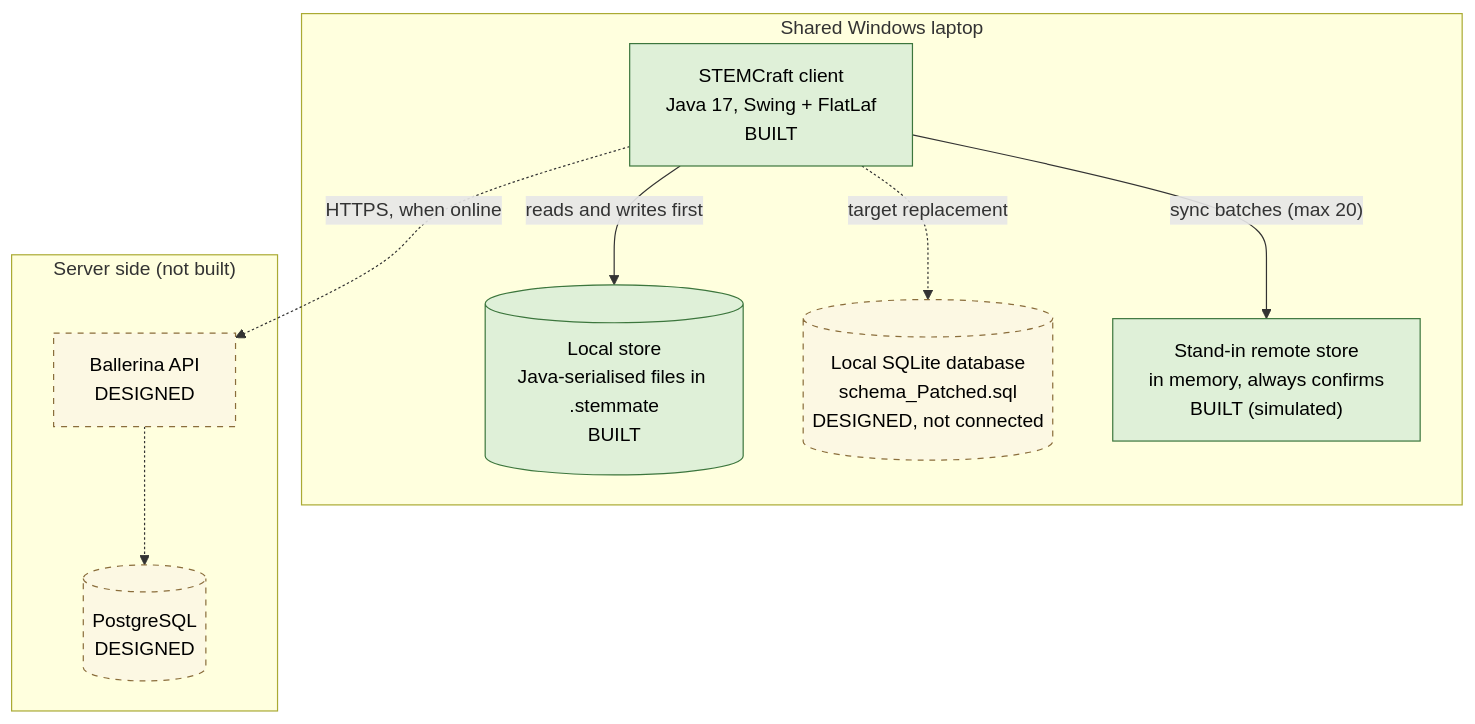
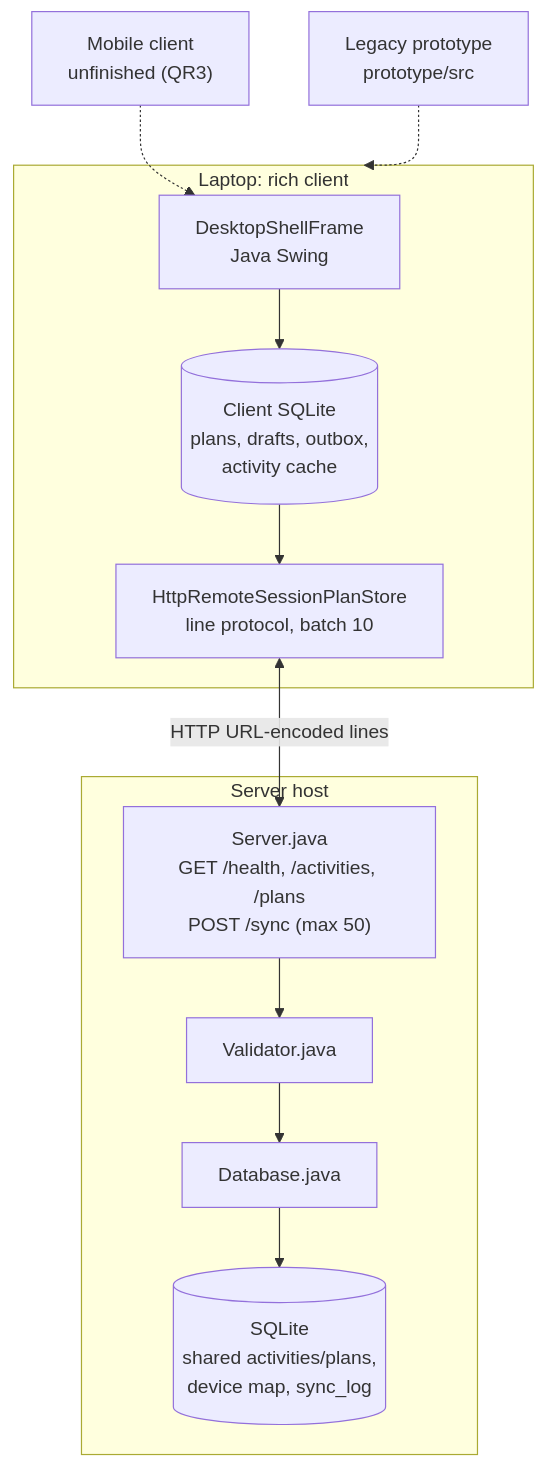
One commit to Kaptain-codes/SDN-A3 changed the diagram in docs/architecture/02-container.mmd. Above: the diagram before and after it, drawn with Mermaid. The commit also changed 687 other files, not shown here.

```diff
--- a/docs/architecture/02-container.mmd
+++ b/docs/architecture/02-container.mmd
@@ -1,24 +1,19 @@
-%% View 2: Containers. Purpose: show the main runnable parts and what each stores or calls.
-%% Requirements: FR2, FR5, FR6, QR1, QR2, SUS1. ADR-001 (laptop first), ADR-002 (Java + Swing), ADR-003 (storage, Role 4 package, section 4).
+%% Selected A4 architecture: rich Swing client + thin SQLite server.
 flowchart TB
-  subgraph laptop["Shared Windows laptop"]
-    client["STEMCraft client<br/>Java 17, Swing + FlatLaf<br/>BUILT"]
-    files[("Local store<br/>Java-serialised files in .stemmate<br/>BUILT")]
-    sqlite[("Local SQLite database<br/>schema_Patched.sql<br/>DESIGNED, not connected")]
-    standin["Stand-in remote store<br/>in memory, always confirms<br/>BUILT (simulated)"]
+  subgraph laptop["Laptop: rich client"]
+    ui["DesktopShellFrame<br/>Java Swing"]
+    local[("Client SQLite<br/>plans, drafts, outbox,<br/>activity cache")]
+    adapter["HttpRemoteSessionPlanStore<br/>line protocol, batch 10"]
+    ui --> local
+    local --> adapter
   end
-  subgraph cloud["Server side (not built)"]
-    api["Ballerina API<br/>DESIGNED"]
-    pg[("PostgreSQL<br/>DESIGNED")]
+  subgraph serverhost["Server host"]
+    http["Server.java<br/>GET /health, /activities, /plans<br/>POST /sync (max 50)"]
+    validate["Validator.java"]
+    database["Database.java"]
+    sqlite[("SQLite<br/>shared activities/plans,<br/>device map, sync_log")]
+    http --> validate --> database --> sqlite
   end
-  client -->|"reads and writes first"| files
-  client -.->|"target replacement"| sqlite
-  client -->|"sync batches (max 20)"| standin
-  client -.->|"HTTPS, when online"| api
-  api -.-> pg
-  classDef built fill:#dff0d8,stroke:#3c763d,color:#000
-  classDef designed fill:#fcf8e3,stroke:#8a6d3b,stroke-dasharray:5 5,color:#000
-  class client,files,standin built
-  class sqlite,api,pg designed
-%% Legend: green solid = built; yellow dashed = designed only.
-%% Note: the stand-in store always confirms, so the failure path cannot be shown yet (A3 finding F2).
+  adapter <-->|"HTTP URL-encoded lines"| http
+  legacy["Legacy prototype<br/>prototype/src"] -.-> laptop
+  phone["Mobile client<br/>unfinished (QR3)"] -.-> ui
```
